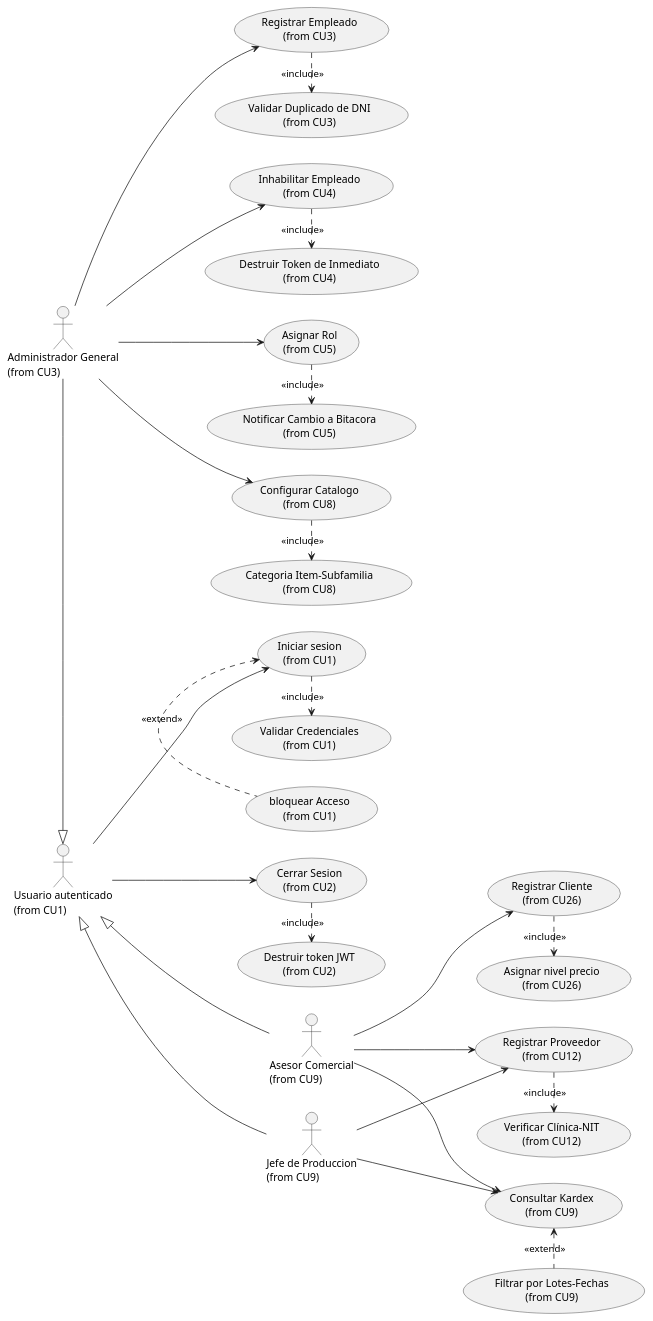
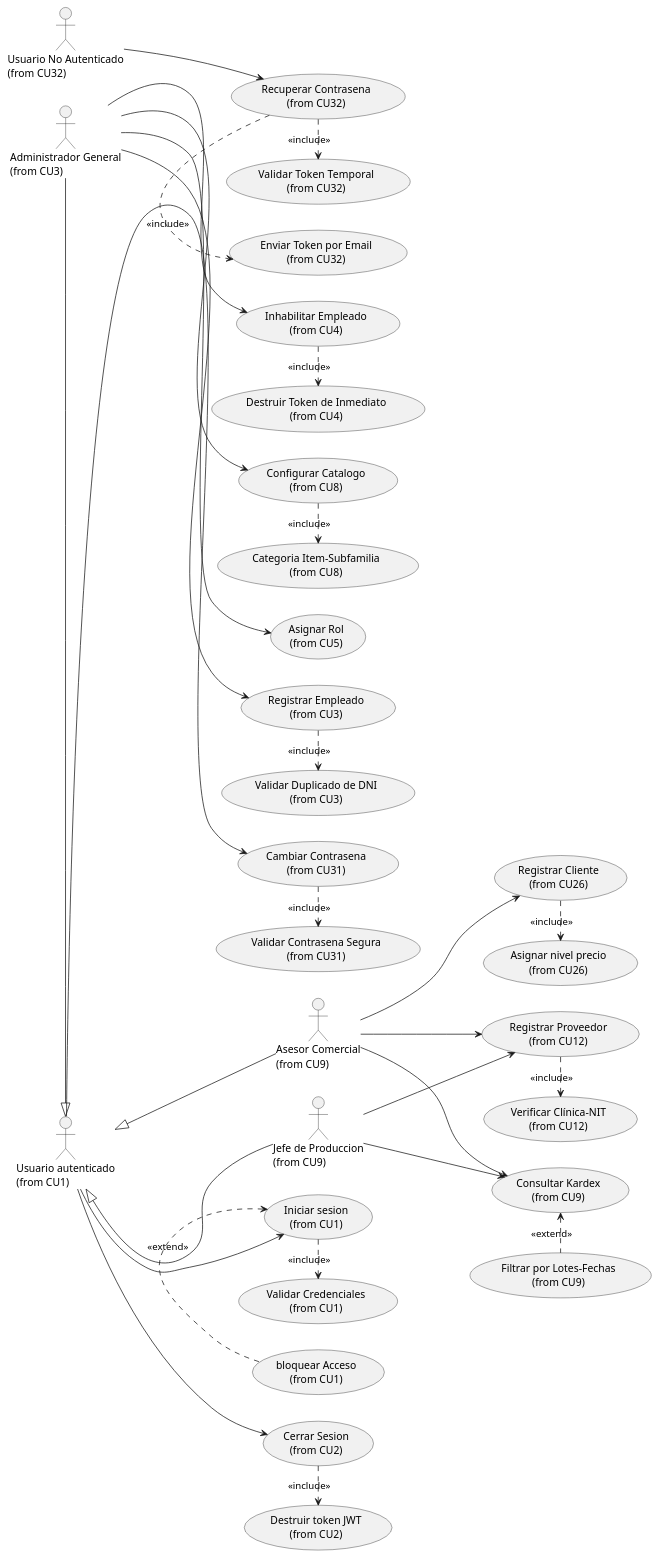
Before and after one commit to INGvainilla/grulacOFICIAL: diagram 17 of 42 in PROYECTO-MAIN/oficial/OFICIAL.md, drawn with PlantUML. The commit also changed other lines of this file and 17 other files, not shown here.

````diff
--- a/PROYECTO-MAIN/oficial/OFICIAL.md
+++ b/PROYECTO-MAIN/oficial/OFICIAL.md
@@ -2082,63 +2186,73 @@
 ```plantuml
 @startuml UC_Ciclo1
 left to right direction
 skinparam packageStyle rectangle
 
 actor "Administrador General\n(from CU3)" as Admin
 actor "Usuario autenticado\n(from CU1)" as Usuario
 actor "Asesor Comercial\n(from CU9)" as Asesor
 actor "Jefe de Produccion\n(from CU9)" as JefeProd
 
 usecase "Registrar Empleado\n(from CU3)" as CU3
 usecase "Validar Duplicado de DNI\n(from CU3)" as V_DNI
 usecase "Inhabilitar Empleado\n(from CU4)" as CU4
 usecase "Destruir Token de Inmediato\n(from CU4)" as D_Token_Inm
 usecase "Asignar Rol\n(from CU5)" as CU5
-usecase "Notificar Cambio a Bitacora\n(from CU5)" as N_Bitacora
 usecase "Configurar Catalogo\n(from CU8)" as CU8
 usecase "Categoria Item-Subfamilia\n(from CU8)" as C_Item
 
 usecase "Iniciar sesion\n(from CU1)" as CU1
 usecase "Validar Credenciales\n(from CU1)" as V_Cred
 usecase "bloquear Acceso\n(from CU1)" as B_Acceso
 usecase "Cerrar Sesion\n(from CU2)" as CU2
 usecase "Destruir token JWT\n(from CU2)" as D_Token_JWT
+usecase "Cambiar Contrasena\n(from CU31)" as CU31
+usecase "Validar Contrasena Segura\n(from CU31)" as V_Pass
+usecase "Recuperar Contrasena\n(from CU32)" as CU32
+usecase "Enviar Token por Email\n(from CU32)" as E_Token
+usecase "Validar Token Temporal\n(from CU32)" as V_Token
 
 usecase "Consultar Kardex\n(from CU9)" as CU9
 usecase "Filtrar por Lotes-Fechas\n(from CU9)" as F_Lotes
 usecase "Registrar Cliente\n(from CU26)" as CU26
 usecase "Asignar nivel precio\n(from CU26)" as A_Precio
 usecase "Registrar Proveedor\n(from CU12)" as CU12
 usecase "Verificar Clínica-NIT\n(from CU12)" as V_Nit
 
 Admin --> CU3
 Admin --> CU4
 Admin --> CU5
 Admin --> CU8
 CU3 .> V_DNI : <<include>>
 CU4 .> D_Token_Inm : <<include>>
-CU5 .> N_Bitacora : <<include>>
 CU8 .> C_Item : <<include>>
 
 Admin -right-|> Usuario
 Asesor -up-|> Usuario
 JefeProd -up-|> Usuario
 
 Usuario --> CU1
 Usuario --> CU2
+Usuario --> CU31
 CU1 .> V_Cred : <<include>>
 CU1 <. B_Acceso : <<extend>>
 CU2 .> D_Token_JWT : <<include>>
+CU31 .> V_Pass : <<include>>
+
+actor "Usuario No Autenticado\n(from CU32)" as NoAuth
+NoAuth --> CU32
+CU32 .> E_Token : <<include>>
+CU32 .> V_Token : <<include>>
 
 Asesor --> CU9
 Asesor --> CU26
 Asesor --> CU12
 CU9 <. F_Lotes : <<extend>>
 CU26 .> A_Precio : <<include>>
 
 JefeProd --> CU9
 JefeProd --> CU12
 CU12 .> V_Nit : <<include>>
 
 @enduml
 ```
````
